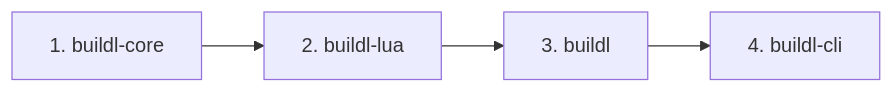
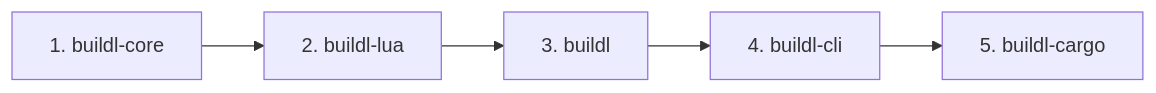
The seventh of 7 diagrams in book/src/ch11-03-four-crates.md (airsstack/buildl), drawn with Mermaid before and after one commit. The commit also changed other lines of this file, not shown here.

Commit message:
docs(repo): describe buildl-cargo as the fifth crate

````diff
--- a/book/src/ch11-03-four-crates.md
+++ b/book/src/ch11-03-four-crates.md
@@ -479,5 +499,5 @@
 ```mermaid
 %% crates.io publish order
 graph LR
-    P1["1. buildl-core"] --> P2["2. buildl-lua"] --> P3["3. buildl"] --> P4["4. buildl-cli"]
+    P1["1. buildl-core"] --> P2["2. buildl-lua"] --> P3["3. buildl"] --> P4["4. buildl-cli"] --> P5["5. buildl-cargo"]
 ```
````
